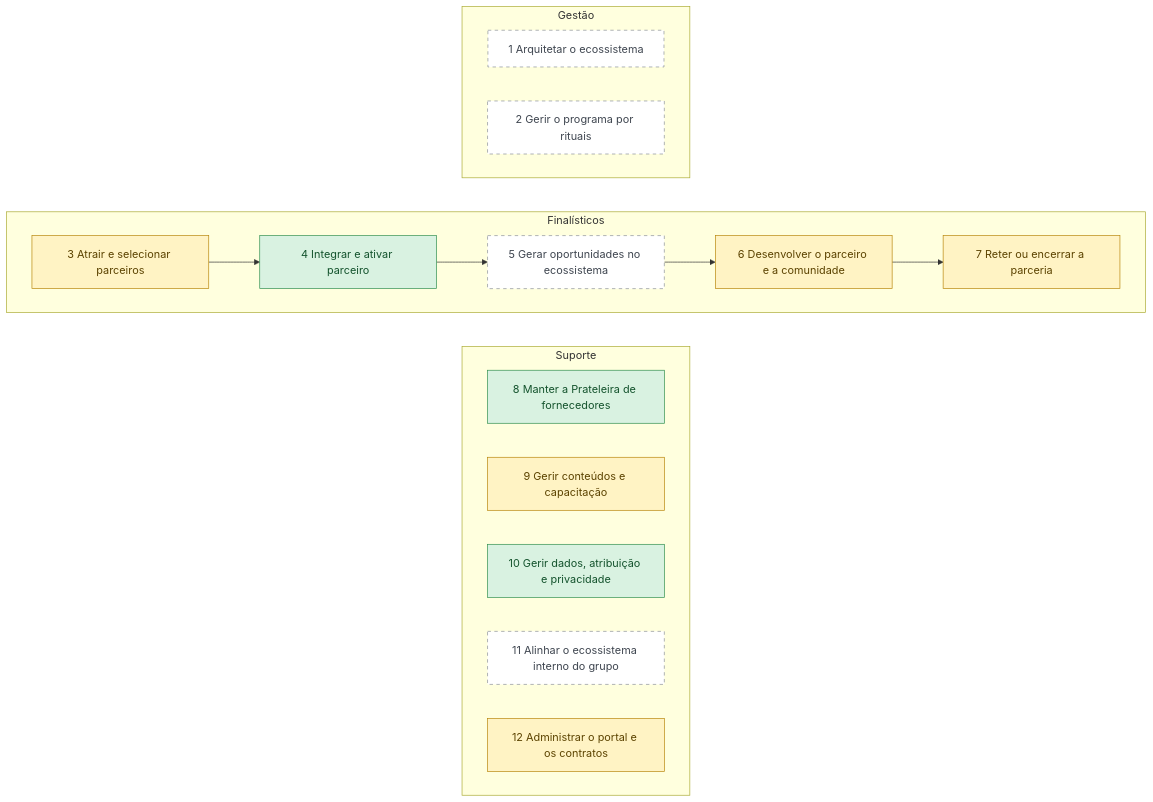
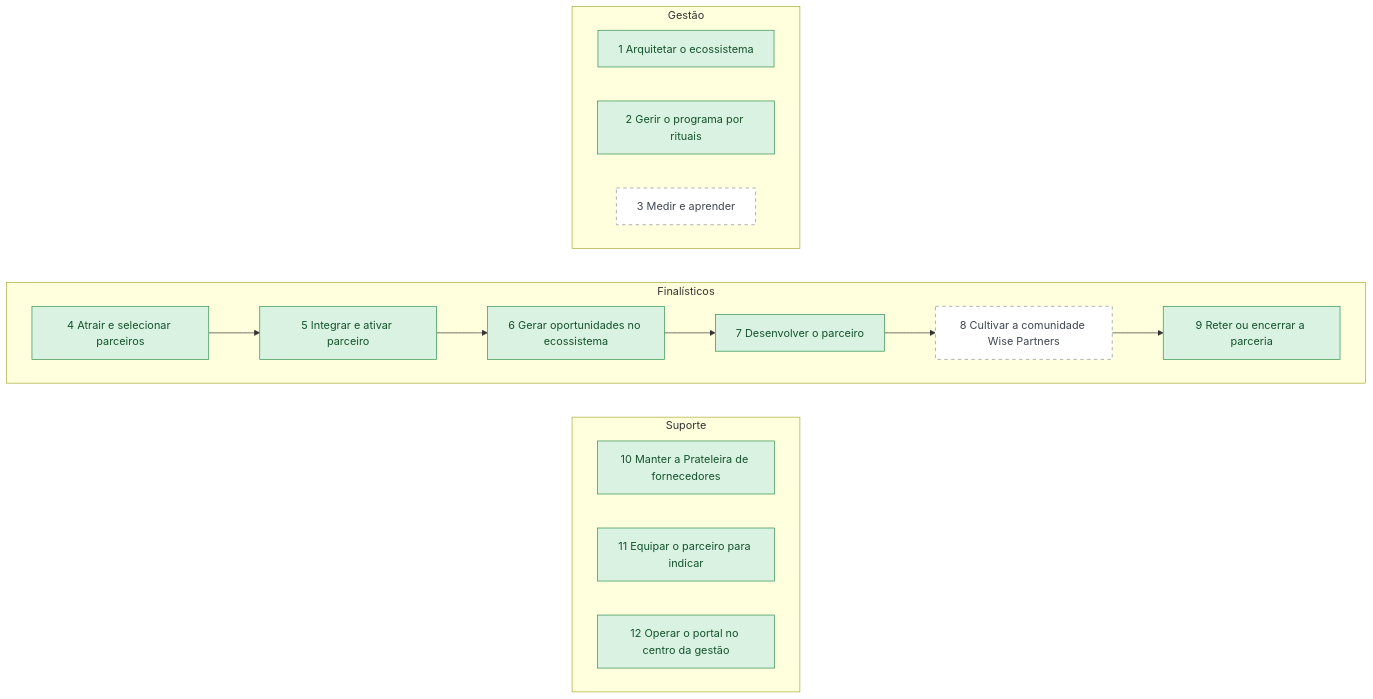
Before and after one commit to Guilherme-MFaccin/Wise-Partners: the diagram in mapeamentos/wise-partners-to-be/saidas/mermaid/cadeia-de-valor.mmd, drawn with Mermaid. The commit also changed 88 other files, not shown here.

```diff
--- a/mapeamentos/wise-partners-to-be/saidas/mermaid/cadeia-de-valor.mmd
+++ b/mapeamentos/wise-partners-to-be/saidas/mermaid/cadeia-de-valor.mmd
@@ -1,32 +1,33 @@
 flowchart TB
     classDef confirmado fill:#D9F2E1,stroke:#2F8F4E,color:#14532D
     classDef declarado fill:#FFF3C4,stroke:#B8860B,color:#5C4300
     classDef hipotese fill:#FFFFFF,stroke:#8A9099,color:#3F4650,stroke-dasharray: 5 5
     classDef contestado fill:#FDE2E1,stroke:#C53030,color:#7F1D1D
     subgraph cat_gestao ["Gestão"]
     direction LR
-      P_01["1 Arquitetar o ecossistema"]:::hipotese
-      P_16["2 Gerir o programa por rituais"]:::hipotese
+      P_01["1 Arquitetar o ecossistema"]:::confirmado
+      P_08["2 Gerir o programa por rituais"]:::confirmado
+      P_15["3 Medir e aprender"]:::hipotese
     end
     subgraph cat_finalistico ["Finalísticos"]
     direction LR
-      P_29["3 Atrair e selecionar parceiros"]:::declarado
-      P_39["4 Integrar e ativar parceiro"]:::confirmado
-      P_51["5 Gerar oportunidades no ecossistema"]:::hipotese
-      P_60["6 Desenvolver o parceiro e a comunidade"]:::declarado
-      P_71["7 Reter ou encerrar a parceria"]:::declarado
-      P_29 --> P_39
-      P_39 --> P_51
-      P_51 --> P_60
-      P_60 --> P_71
+      P_21["4 Atrair e selecionar parceiros"]:::confirmado
+      P_27["5 Integrar e ativar parceiro"]:::confirmado
+      P_32["6 Gerar oportunidades no ecossistema"]:::confirmado
+      P_41["7 Desenvolver o parceiro"]:::confirmado
+      P_47["8 Cultivar a comunidade Wise Partners"]:::hipotese
+      P_52["9 Reter ou encerrar a parceria"]:::confirmado
+      P_21 --> P_27
+      P_27 --> P_32
+      P_32 --> P_41
+      P_41 --> P_47
+      P_47 --> P_52
     end
     subgraph cat_suporte ["Suporte"]
     direction LR
-      P_75["8 Manter a Prateleira de fornecedores"]:::confirmado
-      P_76["9 Gerir conteúdos e capacitação"]:::declarado
-      P_77["10 Gerir dados, atribuição e privacidade"]:::confirmado
-      P_78["11 Alinhar o ecossistema interno do grupo"]:::hipotese
-      P_79["12 Administrar o portal e os contratos"]:::declarado
+      P_56["10 Manter a Prateleira de fornecedores"]:::confirmado
+      P_57["11 Equipar o parceiro para indicar"]:::confirmado
+      P_58["12 Operar o portal no centro da gestão"]:::confirmado
     end
     cat_gestao ~~~ cat_finalistico
     cat_finalistico ~~~ cat_suporte
```
